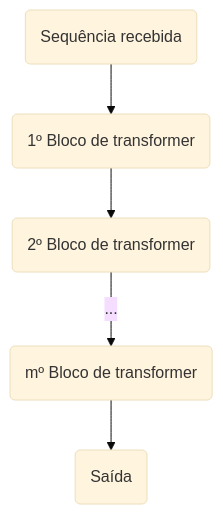
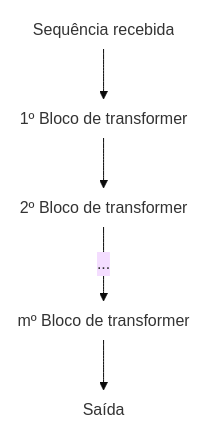
One commit to eshiraishi/eshiraishi.github.io changed the fourth of 7 diagrams in src/content/posts/transformers.md. Above: the diagram before and after it, drawn with Mermaid (base theme). The commit also changed other lines of this file and 3 other files, not shown here.

Commit message:
feat: remove borders from diagrams

````diff
--- a/src/content/posts/transformers.md
+++ b/src/content/posts/transformers.md
@@ -1623,12 +1620,12 @@
 ```mermaid
 flowchart
-    input(Sequência recebida)
-    EncoderBlock(1º Bloco de transformer)
-    EncoderBlock2(2º Bloco de transformer)
-    EncoderBlockN(mº Bloco de transformer)
-    outputN(Saída)
+    input@{ shape: text, label: "Sequência recebida" }
+    EncoderBlock@{ shape: text, label: "1º Bloco de transformer" }
+    EncoderBlock2@{ shape: text, label: "2º Bloco de transformer" }
+    EncoderBlockN@{ shape: text, label: "mº Bloco de transformer" }
+    outputN@{ shape: text, label: "Saída" }
     input --> EncoderBlock
     EncoderBlock --> EncoderBlock2
     EncoderBlock2 -- ... --> EncoderBlockN
     EncoderBlockN --> outputN
 ```
````
